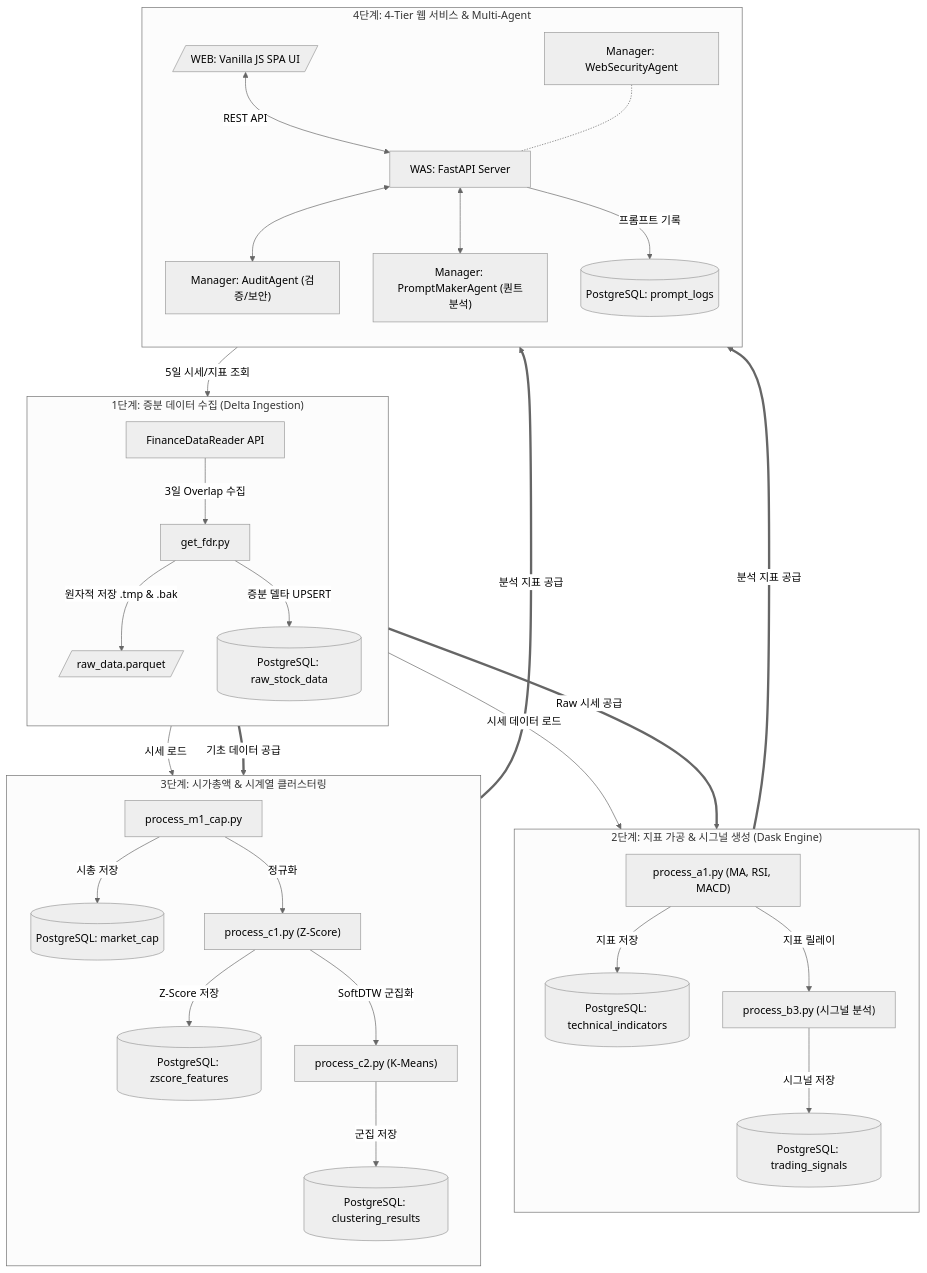
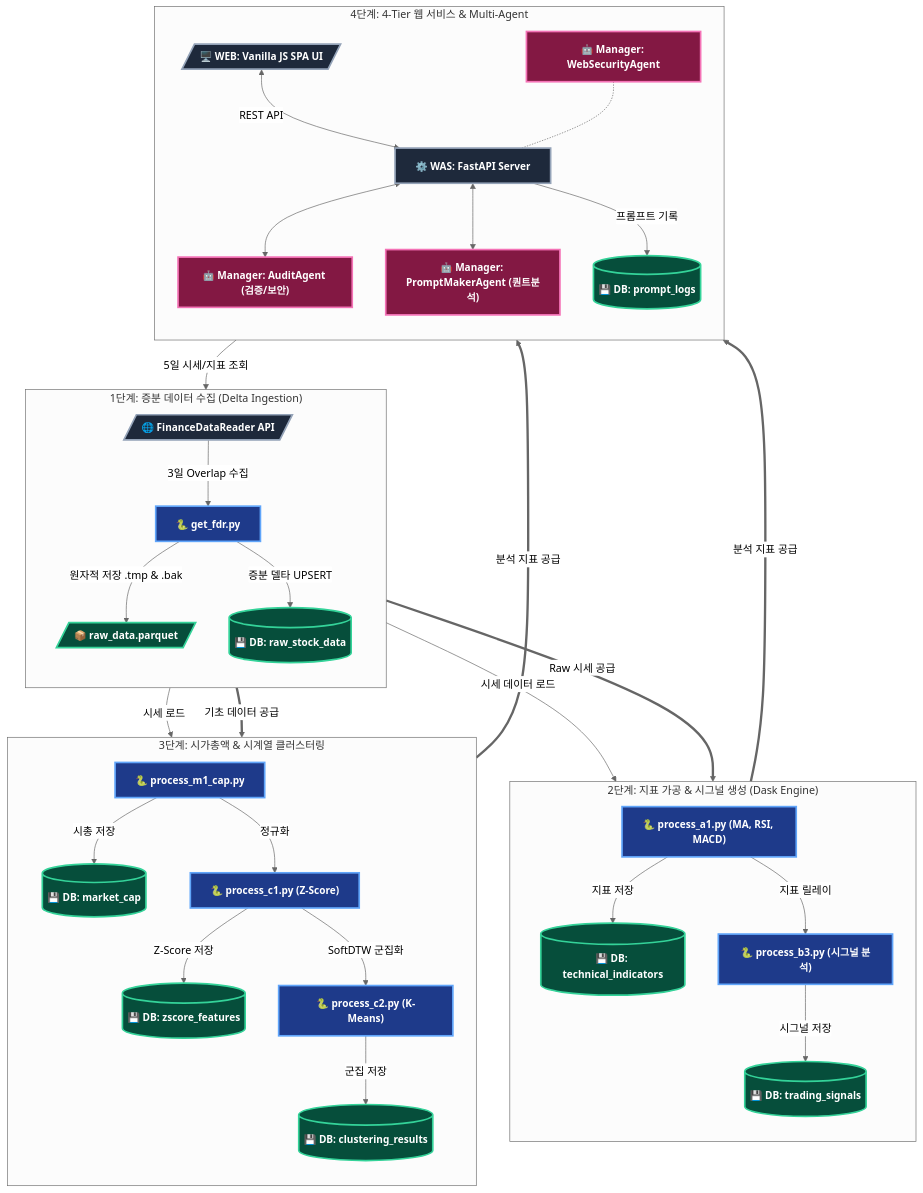
Before and after one commit to hugingstar/ggeolmu: the first of 2 diagrams in README.md, drawn with Mermaid (neutral theme).

Commit message:
style: README.md 머메이드 노드 유형별 색상 구분(DB:녹색, .py:파랑, Agent:핑크) 및 글자 크기 보강

````diff
--- a/README.md
+++ b/README.md
@@ -14,46 +14,58 @@
 ```mermaid
 flowchart TD
+    %% 커스텀 색상 및 폰트 크기 스타일 정의
+    classDef pythonEngine fill:#1e3a8a,stroke:#60a5fa,stroke-width:2.5px,color:#ffffff,font-size:15px,font-weight:bold;
+    classDef dbStorage fill:#064e3b,stroke:#34d399,stroke-width:2.5px,color:#ffffff,font-size:15px,font-weight:bold;
+    classDef agentManager fill:#831843,stroke:#f472b6,stroke-width:2.5px,color:#ffffff,font-size:15px,font-weight:bold;
+    classDef webServer fill:#1e293b,stroke:#94a3b8,stroke-width:2.5px,color:#ffffff,font-size:15px,font-weight:bold;
+
     %% 1단계: 증분 수집 및 원자적 적재
     subgraph Step1 ["1단계: 증분 데이터 수집 (Delta Ingestion)"]
         direction TB
-        FDR["FinanceDataReader API"] -->|3일 Overlap 수집| GetFDR["get_fdr.py"]
-        GetFDR -->|원자적 저장 .tmp & .bak| RawParquet[/"raw_data.parquet"/]
-        GetFDR -->|증분 델타 UPSERT| DB_Raw[("PostgreSQL: raw_stock_data")]
+        FDR[/"🌐 FinanceDataReader API"/] -->|3일 Overlap 수집| GetFDR["🐍 get_fdr.py"]
+        GetFDR -->|원자적 저장 .tmp & .bak| RawParquet[/"📦 raw_data.parquet"/]
+        GetFDR -->|증분 델타 UPSERT| DB_Raw[("💾 DB: raw_stock_data")]
     end
 
     %% 2단계: 기술적 지표 및 시그널 연산
     subgraph Step2 ["2단계: 지표 가공 & 시그널 생성 (Dask Engine)"]
         direction TB
-        DB_Raw -->|시세 데이터 로드| ProcessA1["process_a1.py (MA, RSI, MACD)"]
-        ProcessA1 -->|지표 저장| DB_Tech[("PostgreSQL: technical_indicators")]
-        ProcessA1 -->|지표 릴레이| ProcessB3["process_b3.py (시그널 분석)"]
-        ProcessB3 -->|시그널 저장| DB_Signal[("PostgreSQL: trading_signals")]
+        DB_Raw -->|시세 데이터 로드| ProcessA1["🐍 process_a1.py (MA, RSI, MACD)"]
+        ProcessA1 -->|지표 저장| DB_Tech[("💾 DB: technical_indicators")]
+        ProcessA1 -->|지표 릴레이| ProcessB3["🐍 process_b3.py (시그널 분석)"]
+        ProcessB3 -->|시그널 저장| DB_Signal[("💾 DB: trading_signals")]
     end
 
-    %% 3단계: 시게열 클러스터링
+    %% 3단계: 시계열 클러스터링
     subgraph Step3 ["3단계: 시가총액 & 시계열 클러스터링"]
         direction TB
-        DB_Raw -->|시세 로드| ProcessM1["process_m1_cap.py"]
-        ProcessM1 -->|시총 저장| DB_Cap[("PostgreSQL: market_cap")]
-        ProcessM1 -->|정규화| ProcessC1["process_c1.py (Z-Score)"]
-        ProcessC1 -->|Z-Score 저장| DB_ZScore[("PostgreSQL: zscore_features")]
-        ProcessC1 -->|SoftDTW 군집화| ProcessC2["process_c2.py (K-Means)"]
-        ProcessC2 -->|군집 저장| DB_Cluster[("PostgreSQL: clustering_results")]
+        DB_Raw -->|시세 로드| ProcessM1["🐍 process_m1_cap.py"]
+        ProcessM1 -->|시총 저장| DB_Cap[("💾 DB: market_cap")]
+        ProcessM1 -->|정규화| ProcessC1["🐍 process_c1.py (Z-Score)"]
+        ProcessC1 -->|Z-Score 저장| DB_ZScore[("💾 DB: zscore_features")]
+        ProcessC1 -->|SoftDTW 군집화| ProcessC2["🐍 process_c2.py (K-Means)"]
+        ProcessC2 -->|군집 저장| DB_Cluster[("💾 DB: clustering_results")]
     end
 
     %% 4단계: 4-Tier 웹 서비스 & 멀티 에이전트
     subgraph Step4 ["4단계: 4-Tier 웹 서비스 & Multi-Agent"]
         direction TB
-        UI[/"WEB: Vanilla JS SPA UI"/] <-->|REST API| WAS["WAS: FastAPI Server"]
-        WAS <--> Audit["Manager: AuditAgent (검증/보안)"]
-        WAS <--> PromptAgent["Manager: PromptMakerAgent (퀀트분석)"]
+        UI[/"🖥️ WEB: Vanilla JS SPA UI"/] <-->|REST API| WAS["⚙️ WAS: FastAPI Server"]
+        WAS <--> Audit["🤖 Manager: AuditAgent (검증/보안)"]
+        WAS <--> PromptAgent["🤖 Manager: PromptMakerAgent (퀀트분석)"]
         PromptAgent -->|5일 시세/지표 조회| DB_Raw
-        WAS -->|프롬프트 기록| DB_Logs[("PostgreSQL: prompt_logs")]
-        SecAgent["Manager: WebSecurityAgent"] -.- WAS
+        WAS -->|프롬프트 기록| DB_Logs[("💾 DB: prompt_logs")]
+        SecAgent["🤖 Manager: WebSecurityAgent"] -.- WAS
     end
 
     %% 파이프라인 모듈 간 메인 연계선
     Step1 ==>|Raw 시세 공급| Step2
     Step1 ==>|기초 데이터 공급| Step3
     Step2 & Step3 ==>|분석 지표 공급| Step4
+
+    %% 노드 스타일 지정 (.py: 파란색, DB: 녹색, 에이전트: 핑크, Web/WAS: 슬레이트)
+    class GetFDR,ProcessA1,ProcessB3,ProcessM1,ProcessC1,ProcessC2 pythonEngine;
+    class DB_Raw,DB_Tech,DB_Signal,DB_Cap,DB_ZScore,DB_Cluster,DB_Logs,RawParquet dbStorage;
+    class Audit,PromptAgent,SecAgent agentManager;
+    class UI,WAS,FDR webServer;
 ```
````
